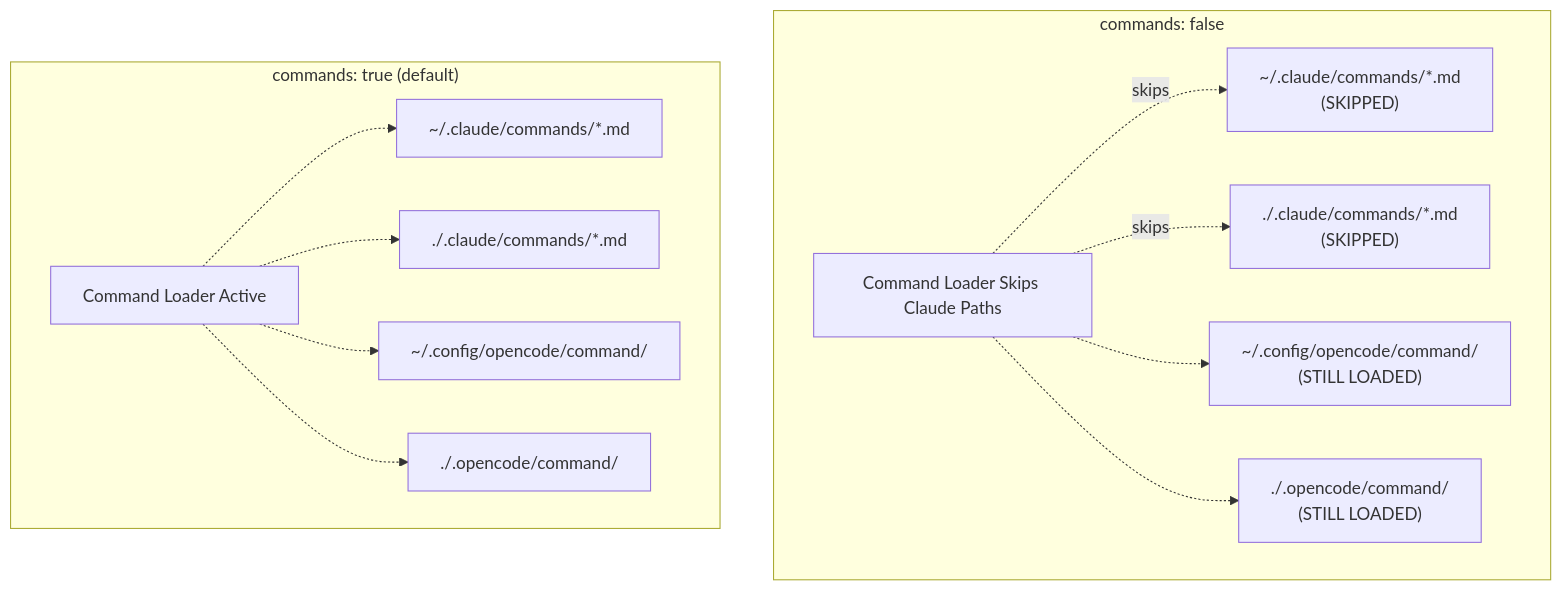
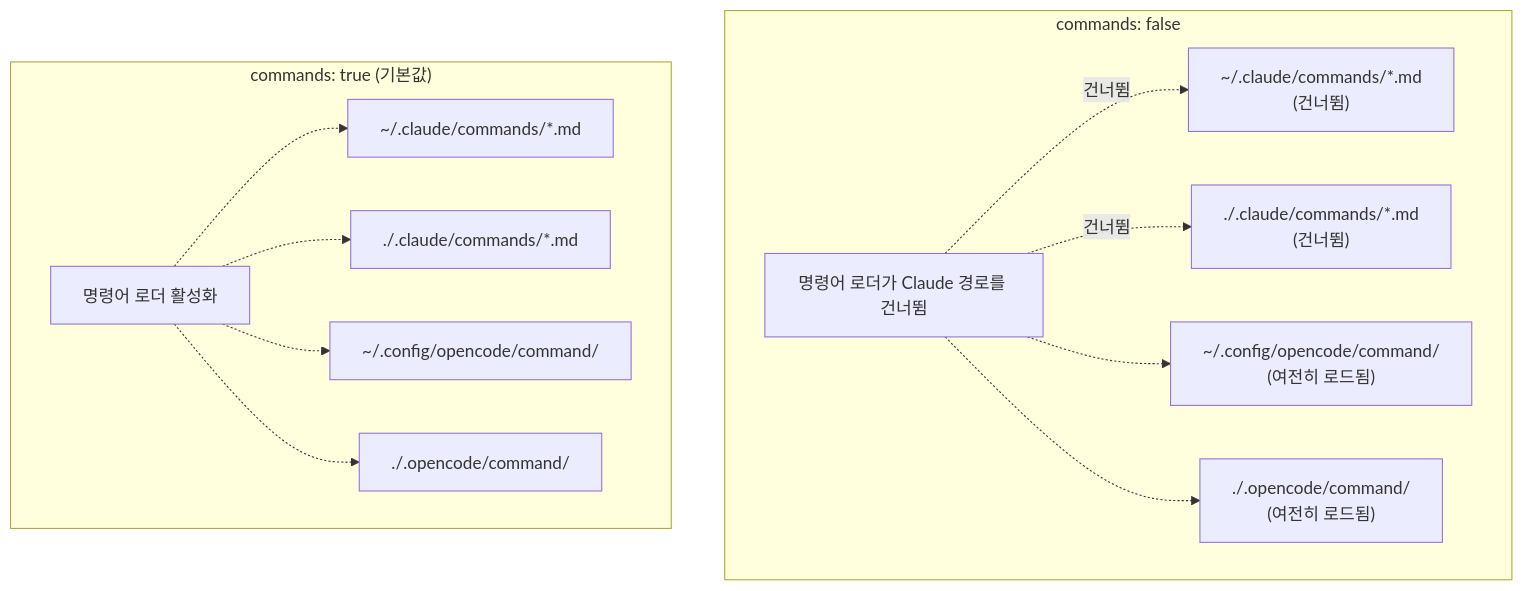
The second of 6 diagrams in docs/compatibility/compatibility-toggles.md (felipetruman/oh-my-opencode-docs), drawn with Mermaid before and after one commit. The commit also changed other lines of this file and 76 other files, not shown here.

````diff
--- a/docs/compatibility/compatibility-toggles.md
+++ b/docs/compatibility/compatibility-toggles.md
@@ -111,38 +111,38 @@
 ```mermaid
 flowchart TD
 
-CmdDisabled["Command Loader Skips Claude Paths"]
-Claude2["~/.claude/commands/*.md<br>(SKIPPED)"]
-ClaudeProj2["./.claude/commands/*.md<br>(SKIPPED)"]
-OC2["~/.config/opencode/command/<br>(STILL LOADED)"]
-OCProj2["./.opencode/command/<br>(STILL LOADED)"]
-CmdEnabled["Command Loader Active"]
+CmdDisabled["명령어 로더가 Claude 경로를 건너뜀"]
+Claude2["~/.claude/commands/*.md<br>(건너뜀)"]
+ClaudeProj2["./.claude/commands/*.md<br>(건너뜀)"]
+OC2["~/.config/opencode/command/<br>(여전히 로드됨)"]
+OCProj2["./.opencode/command/<br>(여전히 로드됨)"]
+CmdEnabled["명령어 로더 활성화"]
 Claude1["~/.claude/commands/*.md"]
 ClaudeProj1["./.claude/commands/*.md"]
 OC1["~/.config/opencode/command/"]
 OCProj1["./.opencode/command/"]
 
 subgraph subGraph1 ["commands: false"]
     CmdDisabled
     Claude2
     ClaudeProj2
     OC2
     OCProj2
-    CmdDisabled -.->|"skips"| Claude2
-    CmdDisabled -.->|"skips"| ClaudeProj2
+    CmdDisabled -.->|"건너뜀"| Claude2
+    CmdDisabled -.->|"건너뜀"| ClaudeProj2
     CmdDisabled -.-> OC2
     CmdDisabled -.-> OCProj2
 end
 
-subgraph subGraph0 ["commands: true (default)"]
+subgraph subGraph0 ["commands: true (기본값)"]
     CmdEnabled
     Claude1
     ClaudeProj1
     OC1
     OCProj1
     CmdEnabled -.-> Claude1
     CmdEnabled -.-> ClaudeProj1
     CmdEnabled -.-> OC1
     CmdEnabled -.-> OCProj1
 end
 ```
````
